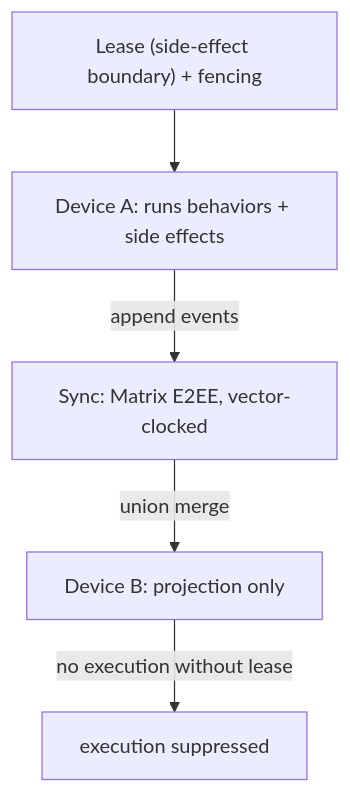
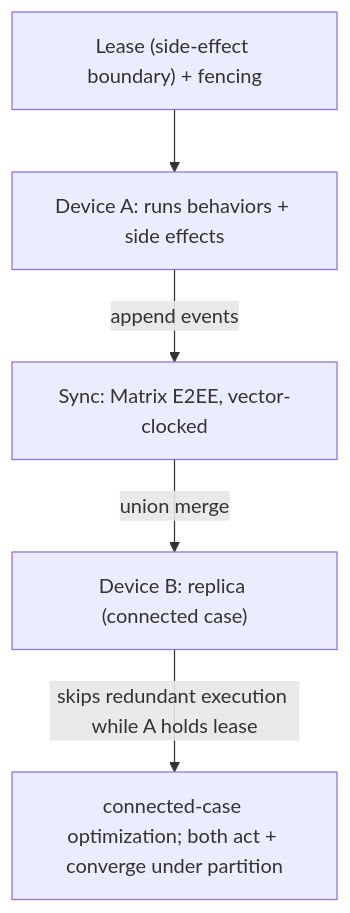
One commit to matthiasn/lotti changed the diagram in docs/adr/0018-convergent-multi-device-execution.md. Above: the diagram before and after it, drawn with Mermaid. The commit also changed other lines of this file and 2 other files, not shown here.

````diff
--- a/docs/adr/0018-convergent-multi-device-execution.md
+++ b/docs/adr/0018-convergent-multi-device-execution.md
@@ -102,7 +102,7 @@
 ```mermaid
 flowchart TD
   Lease["Lease (side-effect boundary) + fencing"] --> A["Device A: runs behaviors + side effects"]
   A -->|append events| Sync["Sync: Matrix E2EE, vector-clocked"]
-  Sync -->|union merge| B["Device B: projection only"]
-  B -->|no execution without lease| Stop["execution suppressed"]
+  Sync -->|union merge| B["Device B: replica (connected case)"]
+  B -->|skips redundant execution while A holds lease| Stop["connected-case optimization; both act + converge under partition"]
 ```
````
